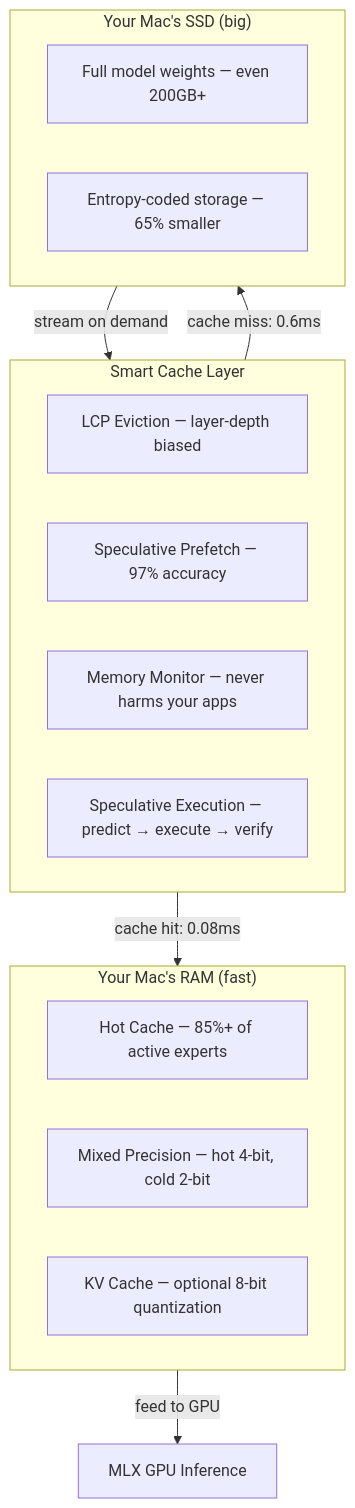
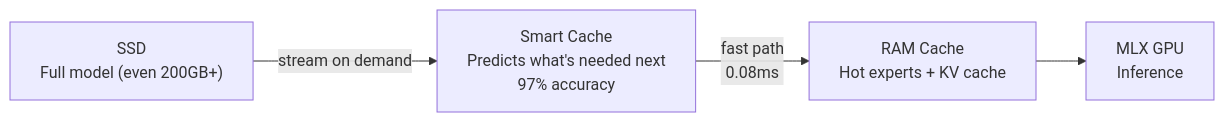
One commit to szibis/MLX-Flash changed the diagram in README.md. Above: the diagram before and after it, drawn with Mermaid. The commit also changed other lines of this file and 2 other files, not shown here.

````diff
--- a/README.md
+++ b/README.md
@@ -22,23 +57,6 @@
 ```mermaid
-flowchart TB
-    subgraph RAM["Your Mac's RAM (fast)"]
-        HC[Hot Cache — 85%+ of active experts]
-        MP[Mixed Precision — hot 4-bit, cold 2-bit]
-        KV[KV Cache — optional 8-bit quantization]
-    end
-    subgraph CACHE["Smart Cache Layer"]
-        LCP[LCP Eviction — layer-depth biased]
-        PF[Speculative Prefetch — 97% accuracy]
-        MM[Memory Monitor — never harms your apps]
-        SPEC[Speculative Execution — predict → execute → verify]
-    end
-    subgraph SSD["Your Mac's SSD (big)"]
-        FULL[Full model weights — even 200GB+]
-        ENT[Entropy-coded storage — 65% smaller]
-    end
-
-    SSD -->|stream on demand| CACHE
-    CACHE -->|cache hit: 0.08ms| RAM
-    CACHE -->|cache miss: 0.6ms| SSD
-    RAM -->|feed to GPU| GPU[MLX GPU Inference]
+flowchart LR
+    SSD["SSD<br/>Full model (even 200GB+)"] -->|stream on demand| CACHE["Smart Cache<br/>Predicts what's needed next<br/>97% accuracy"]
+    CACHE -->|fast path<br/>0.08ms| RAM["RAM Cache<br/>Hot experts + KV cache"]
+    RAM --> GPU["MLX GPU<br/>Inference"]
 ```
````
